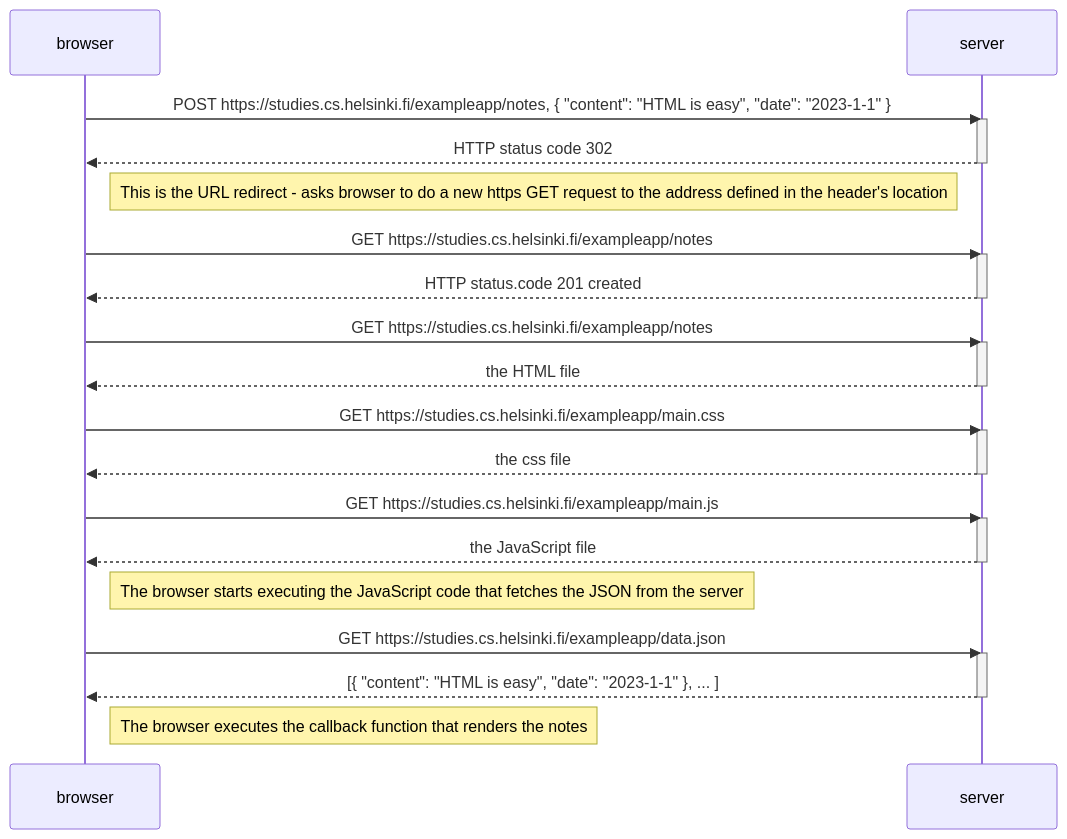
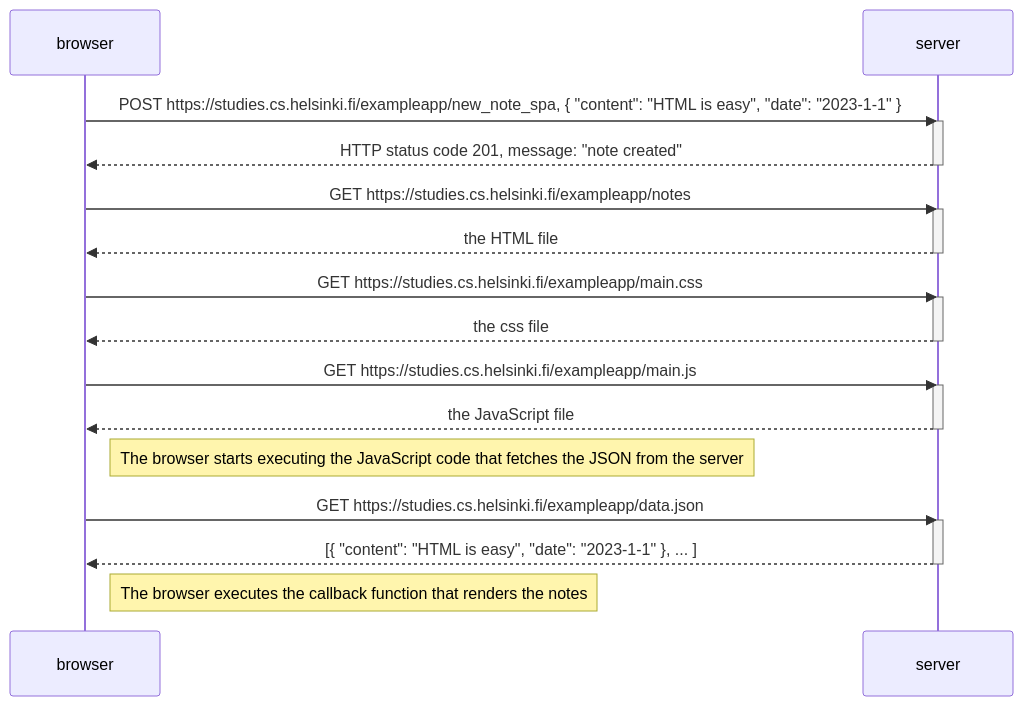
Before and after one commit to hoaingodong/ReactJS: the diagram in part0/ex0.6.md, drawn with Mermaid. The commit also changed 1 other file, not shown here.

Commit message:
fix: fix ex0.4, 0.6

````diff
--- a/part0/ex0.6.md
+++ b/part0/ex0.6.md
@@ -1,42 +1,36 @@
 ```mermaid
 
 sequenceDiagram
     participant browser
     participant server
 
-    browser->>server: POST https://studies.cs.helsinki.fi/exampleapp/notes, { "content": "HTML is easy", "date": "2023-1-1" }
+    browser->>server: POST https://studies.cs.helsinki.fi/exampleapp/new_note_spa, { "content": "HTML is easy", "date": "2023-1-1" }
     activate server 
-    server-->>browser: HTTP status code 302
+    server-->>browser: HTTP status code 201, message: "note created"  
     deactivate server
 
-    Note right of browser: This is the URL redirect - asks browser to do a new https GET request to the address defined in the header's location
-
-    browser->>server: GET https://studies.cs.helsinki.fi/exampleapp/notes
-    activate server
-    server-->>browser: HTTP status.code 201 created  
-    deactivate server
 
     browser->>server: GET https://studies.cs.helsinki.fi/exampleapp/notes
     activate server
     server-->>browser: the HTML file
     deactivate server
 
     browser->>server: GET https://studies.cs.helsinki.fi/exampleapp/main.css
     activate server
     server-->>browser: the css file
     deactivate server
 
     browser->>server: GET https://studies.cs.helsinki.fi/exampleapp/main.js
     activate server
     server-->>browser: the JavaScript file
     deactivate server
 
     Note right of browser: The browser starts executing the JavaScript code that fetches the JSON from the server
 
     browser->>server: GET https://studies.cs.helsinki.fi/exampleapp/data.json
     activate server
     server-->>browser: [{ "content": "HTML is easy", "date": "2023-1-1" }, ... ]
     deactivate server
 
     Note right of browser: The browser executes the callback function that renders the notes
 ```
````
